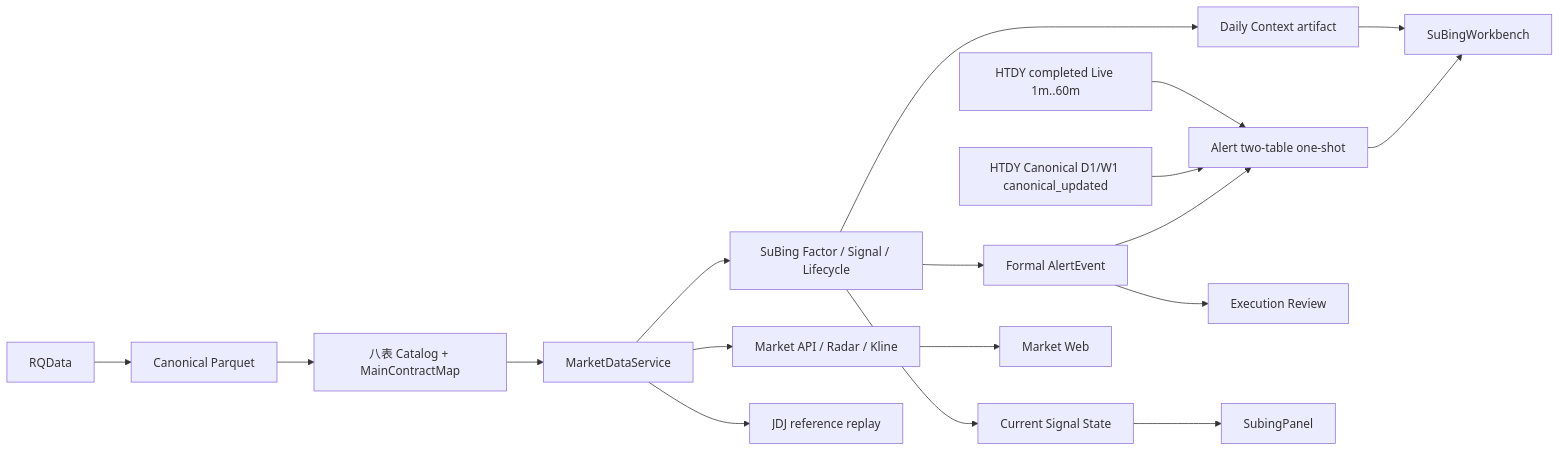
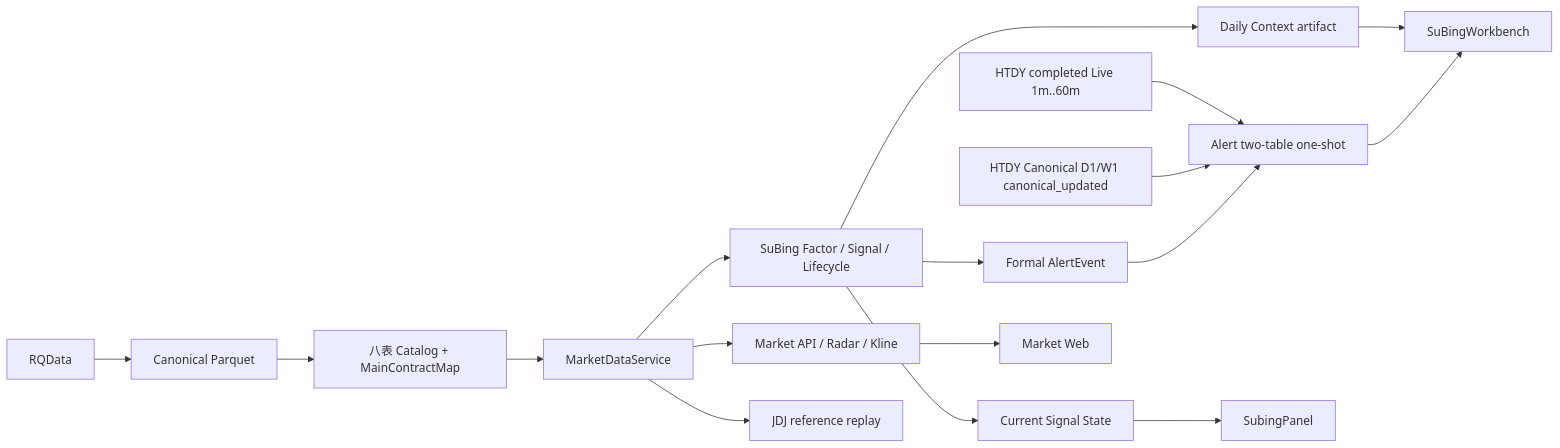
The diagram in docs/ARCHITECTURE.md (firehell/guiyi-quant-workstation), drawn with Mermaid before and after one commit. The commit also changed other lines of this file and 126 other files, not shown here.

Commit message:
refactor: retire rqalpha and execution review

````diff
--- a/docs/ARCHITECTURE.md
+++ b/docs/ARCHITECTURE.md
@@ -5,20 +5,19 @@
 ```mermaid
 flowchart LR
   RQData --> Canonical[Canonical Parquet]
   Canonical --> Catalog[八表 Catalog + MainContractMap]
   Catalog --> MDS[MarketDataService]
   MDS --> Market[Market API / Radar / Kline]
   MDS --> SuBing[SuBing Factor / Signal / Lifecycle]
   MDS --> JDJ[JDJ reference replay]
   SuBing --> Daily[Daily Context artifact]
   SuBing --> Current[Current Signal State]
   SuBing --> Event[Formal AlertEvent]
   HTDYLive[HTDY completed Live 1m..60m] --> Alert
   HTDYCanonical[HTDY Canonical D1/W1 canonical_updated] --> Alert
   Event --> Alert[Alert two-table one-shot]
-  Event --> Review[Execution Review]
   Market --> Web[Market Web]
   Daily --> Workbench[SuBingWorkbench]
   Current --> Panel[SubingPanel]
   Alert --> Workbench
 ```
````
